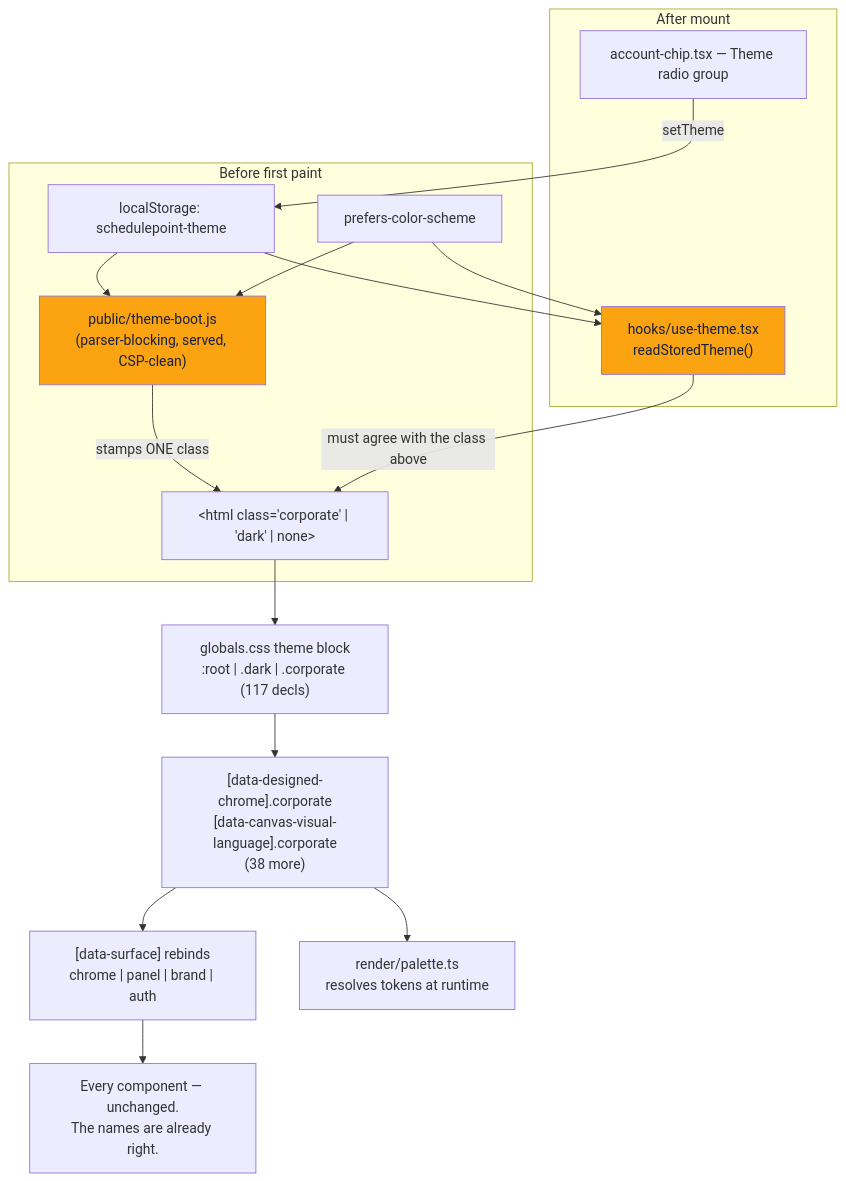
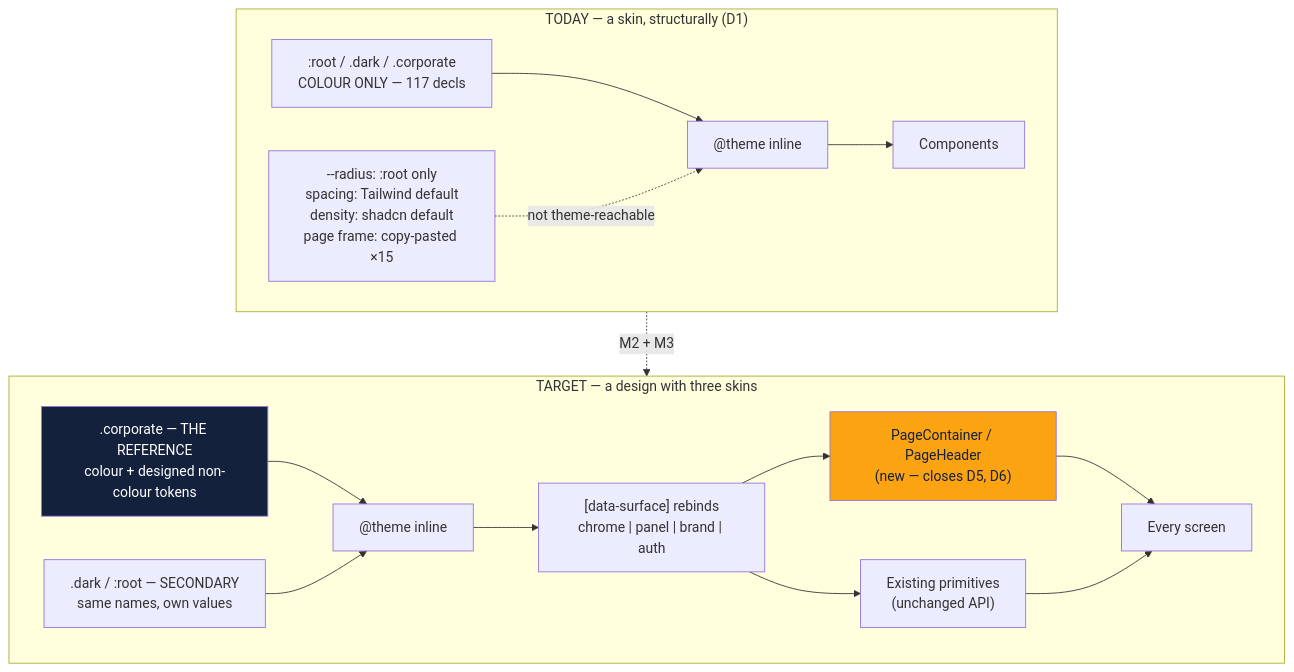
The first of 2 diagrams in docs/specs/corporate-brand/feature-spec.md (HuttonHomeHub/SchedulePoint_1), drawn with Mermaid before and after one commit. The commit also changed other lines of this file and 1 other file, not shown here.

````diff
--- a/docs/specs/corporate-brand/feature-spec.md
+++ b/docs/specs/corporate-brand/feature-spec.md
@@ -441,24 +572,23 @@
 ```mermaid
 flowchart TD
-  subgraph boot["Before first paint"]
-    LS["localStorage: schedulepoint-theme"] --> TB["public/theme-boot.js<br/>(parser-blocking, served, CSP-clean)"]
-    OS["prefers-color-scheme"] --> TB
-    TB -->|"stamps ONE class"| HTML["&lt;html class='corporate' | 'dark' | none&gt;"]
+  subgraph today["TODAY — a skin, structurally (D1)"]
+    T1[":root / .dark / .corporate<br/>COLOUR ONLY — 117 decls"] --> T2["@theme inline"]
+    T3["--radius: :root only<br/>spacing: Tailwind default<br/>density: shadcn default<br/>page frame: copy-pasted ×15"] -.->|"not theme-reachable"| T2
+    T2 --> T4["Components"]
   end
 
-  subgraph react["After mount"]
-    LS --> RP["hooks/use-theme.tsx<br/>readStoredTheme()"]
-    OS --> RP
-    RP -->|"must agree with the class above"| HTML
-    AC["account-chip.tsx — Theme radio group"] -->|setTheme| LS
+  subgraph target["TARGET — a design with three skins"]
+    R[".corporate — THE REFERENCE<br/>colour + designed non-colour tokens"] --> M["@theme inline"]
+    L[".dark / :root — SECONDARY<br/>same names, own values"] --> M
+    M --> S["[data-surface] rebinds<br/>chrome | panel | brand | auth"]
+    S --> P["PageContainer / PageHeader<br/>(new — closes D5, D6)"]
+    S --> C["Existing primitives<br/>(unchanged API)"]
+    P --> V["Every screen"]
+    C --> V
   end
 
-  HTML --> CSS["globals.css theme block<br/>:root | .dark | .corporate (117 decls)"]
-  CSS --> FLAG["[data-designed-chrome].corporate<br/>[data-canvas-visual-language].corporate<br/>(38 more)"]
-  FLAG --> SCOPE["[data-surface] rebinds<br/>chrome | panel | brand | auth"]
-  SCOPE --> UI["Every component — unchanged.<br/>The names are already right."]
-  FLAG --> CANVAS["render/palette.ts<br/>resolves tokens at runtime"]
+  today -.->|"M2 + M3"| target
 
-  style TB fill:#fca311,color:#14213D
-  style RP fill:#fca311,color:#14213D
+  style R fill:#14213D,color:#ffffff
+  style P fill:#fca311,color:#14213D
 ```
````
